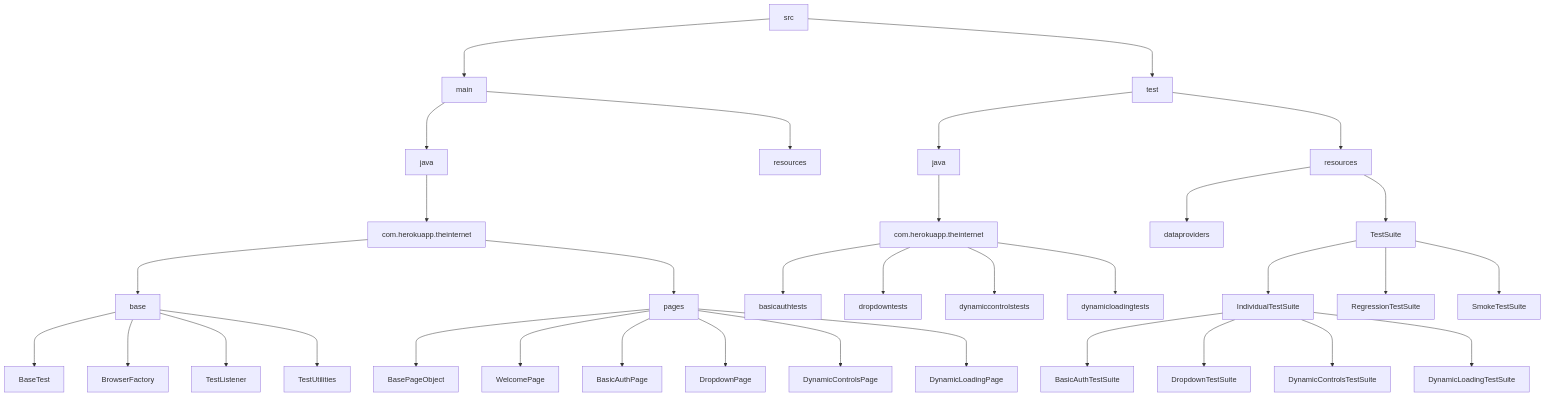
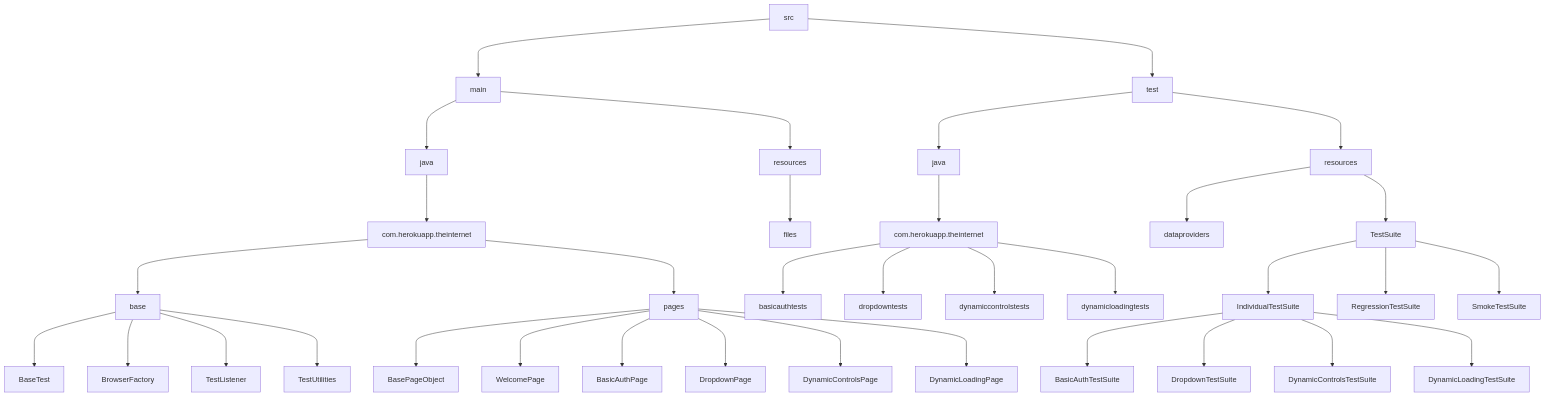
The diagram in README.md (ArielBandeira/testing-project-theinternet), drawn with Mermaid before and after one commit.

Commit message:
updating readme file

````diff
--- a/README.md
+++ b/README.md
@@ -38,36 +38,37 @@
 ```mermaid
 graph
 1[src] ---> 2[main]
 1[src] ---> 3[test]
 2[main] ---> 4[java]
 2[main] ---> 5[resources]
+5[resources] ---> 36[files]
 3[test] ---> 6[java]
 3[test] ---> 7[resources]
 4[java] ---> 8[com.herokuapp.theinternet]
 8[com.herokuapp.theinternet] ---> 9[base]
 8[com.herokuapp.theinternet] ---> 10[pages]
 9[base] ---> 11[BaseTest]
 9[base] ---> 12[BrowserFactory]
 9[base] ---> 13[TestListener]
 9[base] ---> 14[TestUtilities]
 10[pages] ---> 15[BasePageObject]
 10[pages] ---> 16[WelcomePage]
 10[pages] ---> 17[BasicAuthPage]
 10[pages] ---> 18[DropdownPage]
 10[pages] ---> 19[DynamicControlsPage]
 10[pages] ---> 20[DynamicLoadingPage]
 6[java] ---> 21[com.herokuapp.theinternet]
 21[com.herokuapp.theinternet] ---> 22[basicauthtests]
 21[com.herokuapp.theinternet] ---> 23[dropdowntests]
 21[com.herokuapp.theinternet] ---> 24[dynamiccontrolstests]
 21[com.herokuapp.theinternet] ---> 25[dynamicloadingtests]
 7[resources] ---> 26[dataproviders]
 7[resources] ---> 27[TestSuite]
 27[TestSuite] ---> 28[IndividualTestSuite]
 28[IndividualTestSuite] ---> 30[BasicAuthTestSuite]
 28[IndividualTestSuite] ---> 31[DropdownTestSuite]
 28[IndividualTestSuite] ---> 32[DynamicControlsTestSuite]
 28[IndividualTestSuite] ---> 33[DynamicLoadingTestSuite]
 27[TestSuite] ---> 34[RegressionTestSuite]
 27[TestSuite] ---> 35[SmokeTestSuite]
 ```
````
